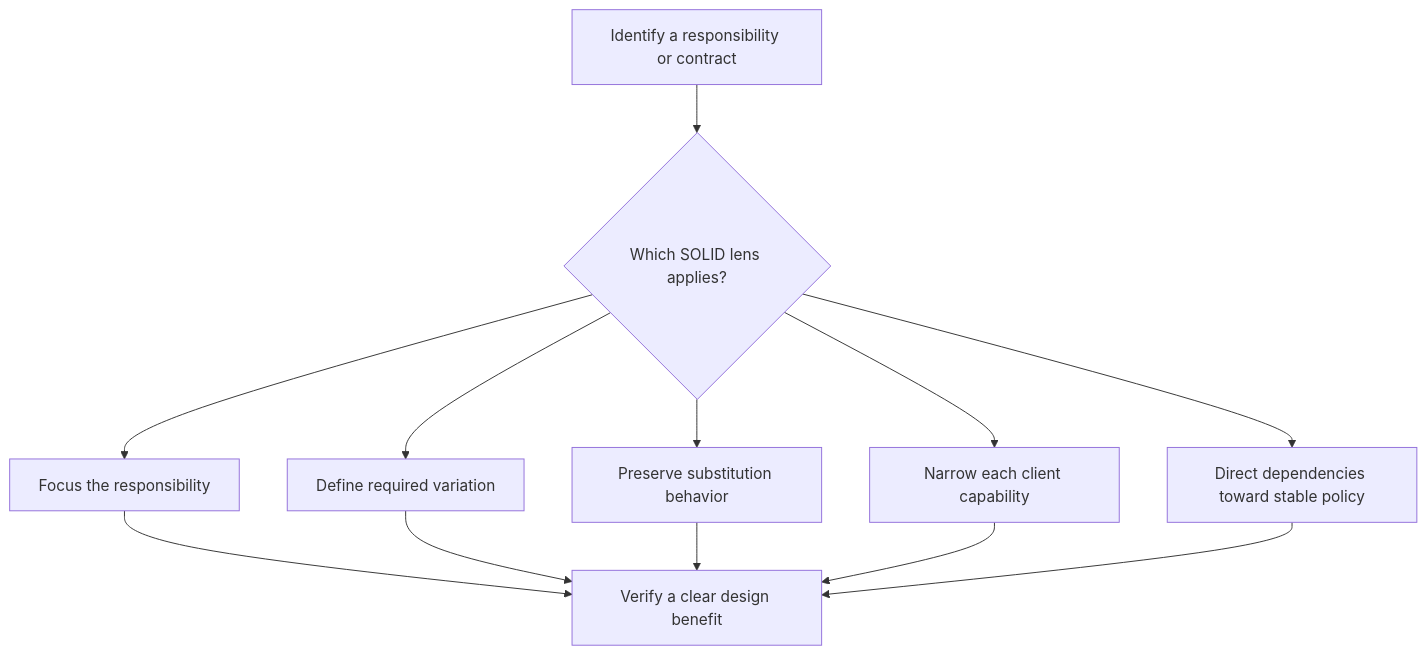
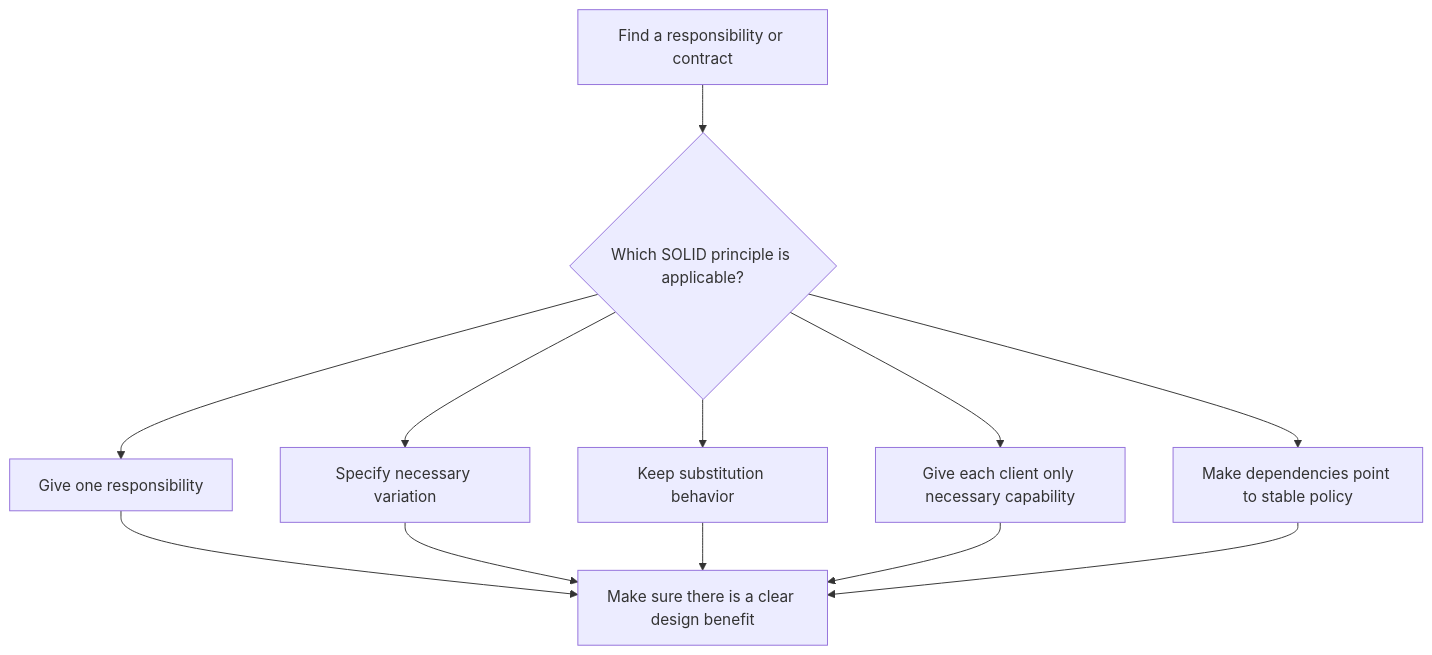
Before and after one commit to HomericIntelligence/Athena: the diagram in docs/principles/details/p004-solid.md, drawn with Mermaid. The commit also changed other lines of this file and 91 other files, not shown here.

````diff
--- a/docs/principles/details/p004-solid.md
+++ b/docs/principles/details/p004-solid.md
@@ -61,14 +62,14 @@
 ```mermaid
 flowchart TD
-    A["Identify a responsibility or contract"] --> B{"Which SOLID lens applies?"}
-    B --> C["Focus the responsibility"]
-    B --> D["Define required variation"]
-    B --> E["Preserve substitution behavior"]
-    B --> F["Narrow each client capability"]
-    B --> G["Direct dependencies toward stable policy"]
-    C --> H["Verify a clear design benefit"]
+    A["Find a responsibility or contract"] --> B{"Which SOLID principle is applicable?"}
+    B --> C["Give one responsibility"]
+    B --> D["Specify necessary variation"]
+    B --> E["Keep substitution behavior"]
+    B --> F["Give each client only necessary capability"]
+    B --> G["Make dependencies point to stable policy"]
+    C --> H["Make sure there is a clear design benefit"]
     D --> H
     E --> H
     F --> H
     G --> H
 ```
````
